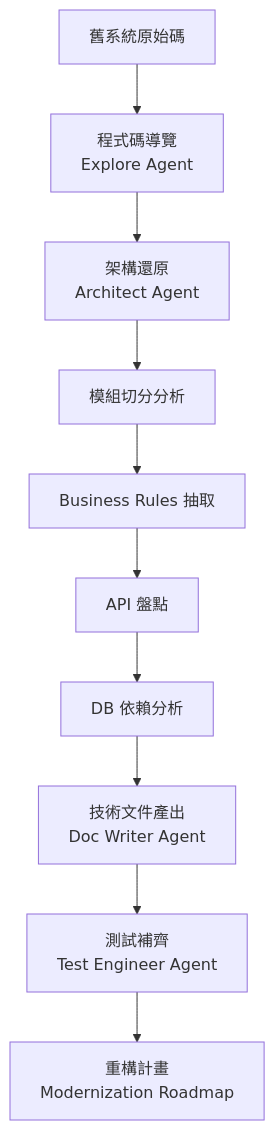
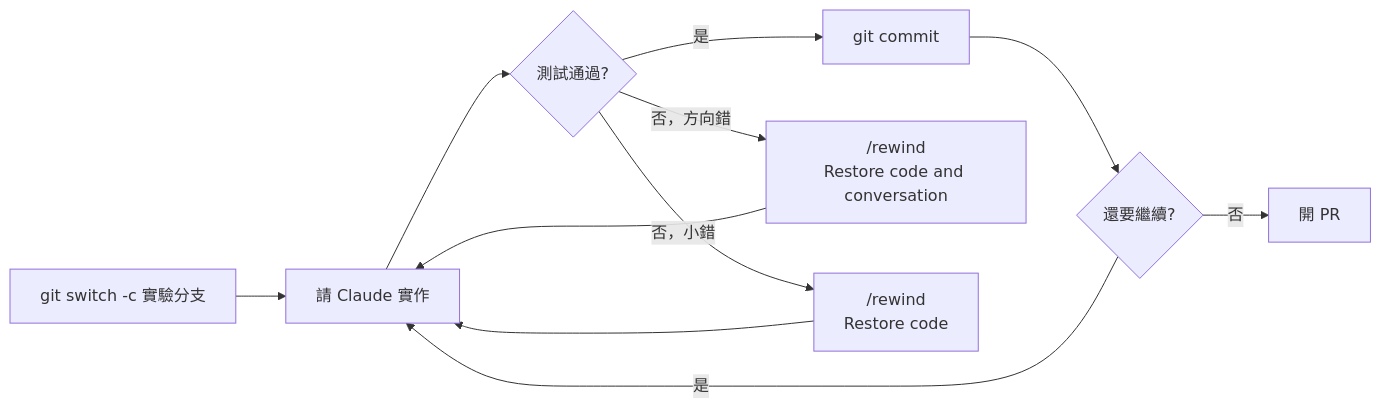
Before and after one commit to chihhung/Blog: the third of 9 diagrams in content/posts/教學/AI開發/claude-howto 教學手冊.md, drawn with Mermaid. The commit also changed other lines of this file and 4 other files, not shown here.

````diff
--- a/content/posts/教學/AI開發/claude-howto 教學手冊.md
+++ b/content/posts/教學/AI開發/claude-howto 教學手冊.md
@@ -1597,12 +1865,13 @@
 ```mermaid
-graph TD
-    A[舊系統原始碼] --> B[程式碼導覽<br/>Explore Agent]
-    B --> C[架構還原<br/>Architect Agent]
-    C --> D[模組切分分析]
-    D --> E[Business Rules 抽取]
-    E --> F[API 盤點]
-    F --> G[DB 依賴分析]
-    G --> H[技術文件產出<br/>Doc Writer Agent]
-    H --> I[測試補齊<br/>Test Engineer Agent]
-    I --> J[重構計畫<br/>Modernization Roadmap]
+flowchart LR
+    A[git switch -c 實驗分支] --> B[請 Claude 實作]
+    B --> C{測試通過?}
+    C -->|是| D[git commit]
+    C -->|否，方向錯| E["/rewind<br/>Restore code and conversation"]
+    C -->|否，小錯| F["/rewind<br/>Restore code"]
+    E --> B
+    F --> B
+    D --> G{還要繼續?}
+    G -->|是| B
+    G -->|否| H[開 PR]
 ```
````
